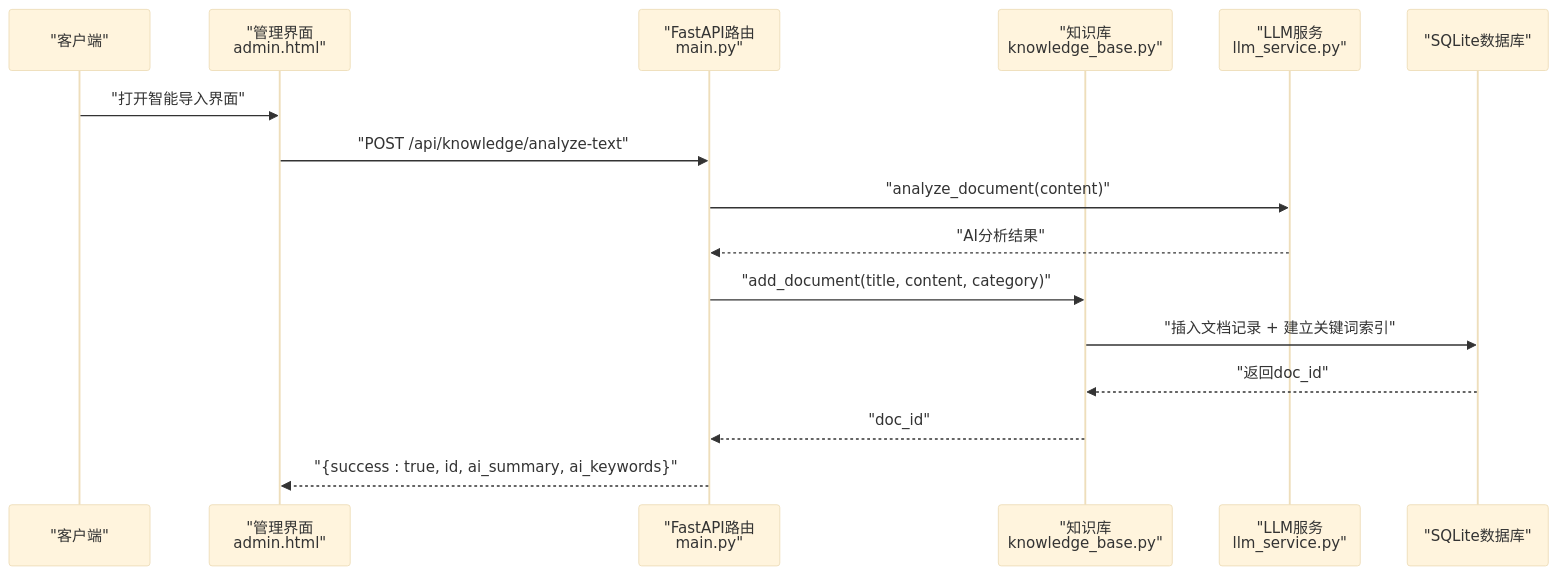
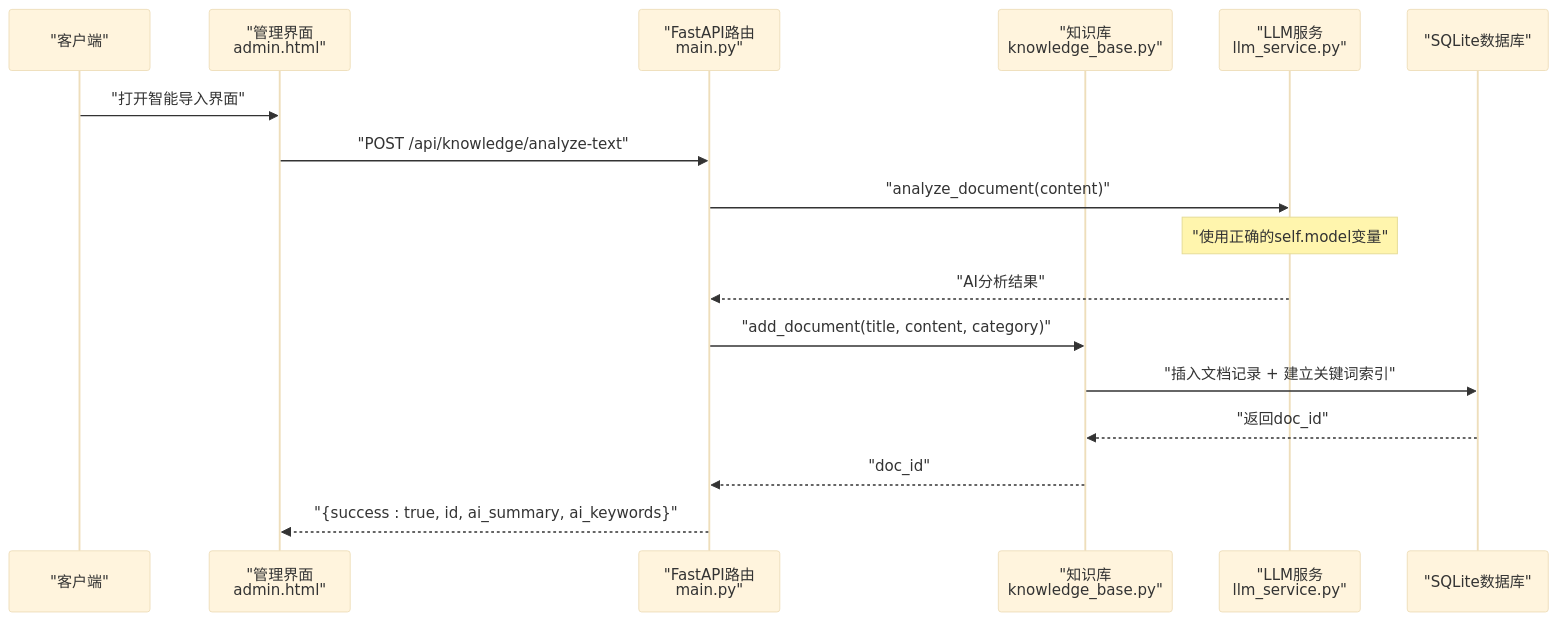
One commit to 2950730liao-hub/whatsapp-reply changed the second of 12 diagrams in .qoder/repowiki/zh/content/核心模块/知识库模块.md. Above: the diagram before and after it, drawn with Mermaid (base theme). The commit also changed other lines of this file and 6 other files, not shown here.

````diff
--- a/.qoder/repowiki/zh/content/核心模块/知识库模块.md
+++ b/.qoder/repowiki/zh/content/核心模块/知识库模块.md
@@ -98,18 +104,19 @@
 ```mermaid
 sequenceDiagram
 participant Client as "客户端"
 participant AdminUI as "管理界面<br/>admin.html"
 participant API as "FastAPI路由<br/>main.py"
 participant KB as "知识库<br/>knowledge_base.py"
 participant LLM as "LLM服务<br/>llm_service.py"
 participant DB as "SQLite数据库"
 Client->>AdminUI : "打开智能导入界面"
 AdminUI->>API : "POST /api/knowledge/analyze-text"
 API->>LLM : "analyze_document(content)"
+Note over LLM : "使用正确的self.model变量"
 LLM-->>API : "AI分析结果"
 API->>KB : "add_document(title, content, category)"
 KB->>DB : "插入文档记录 + 建立关键词索引"
 DB-->>KB : "返回doc_id"
 KB-->>API : "doc_id"
 API-->>AdminUI : "{success : true, id, ai_summary, ai_keywords}"
 ```
````
